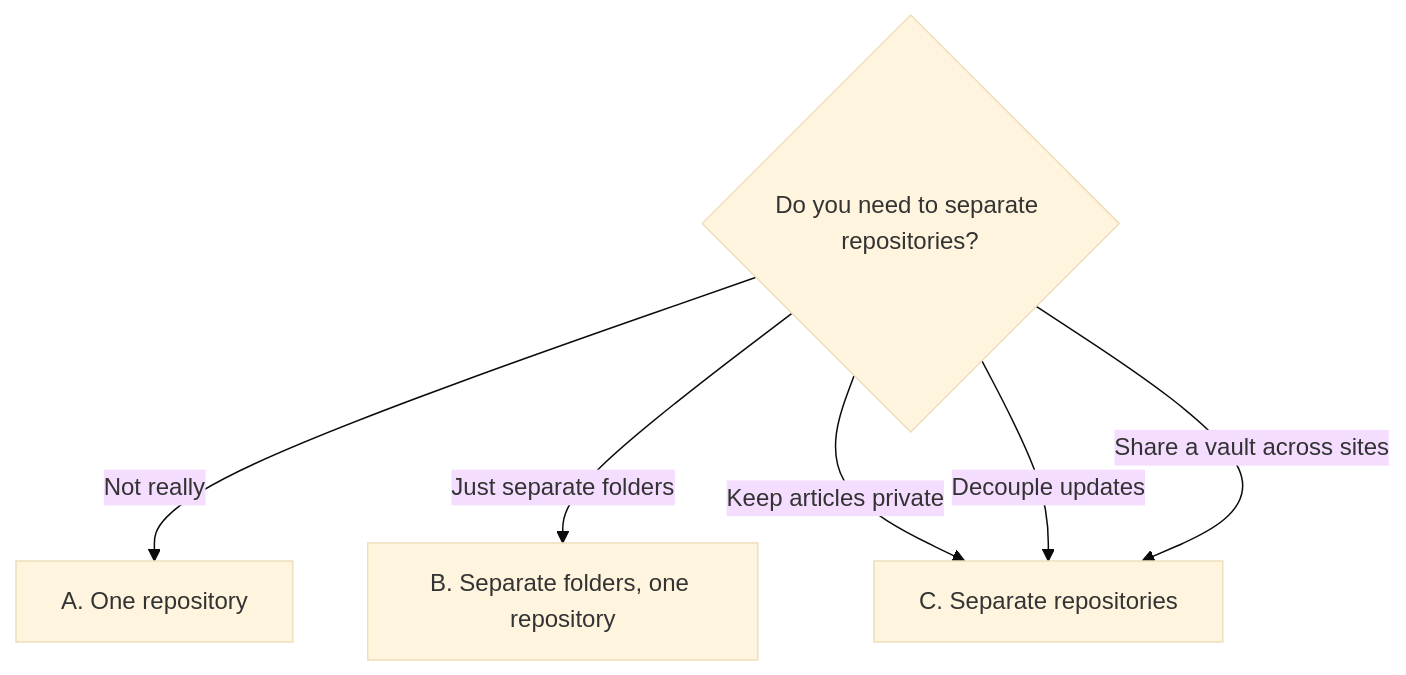
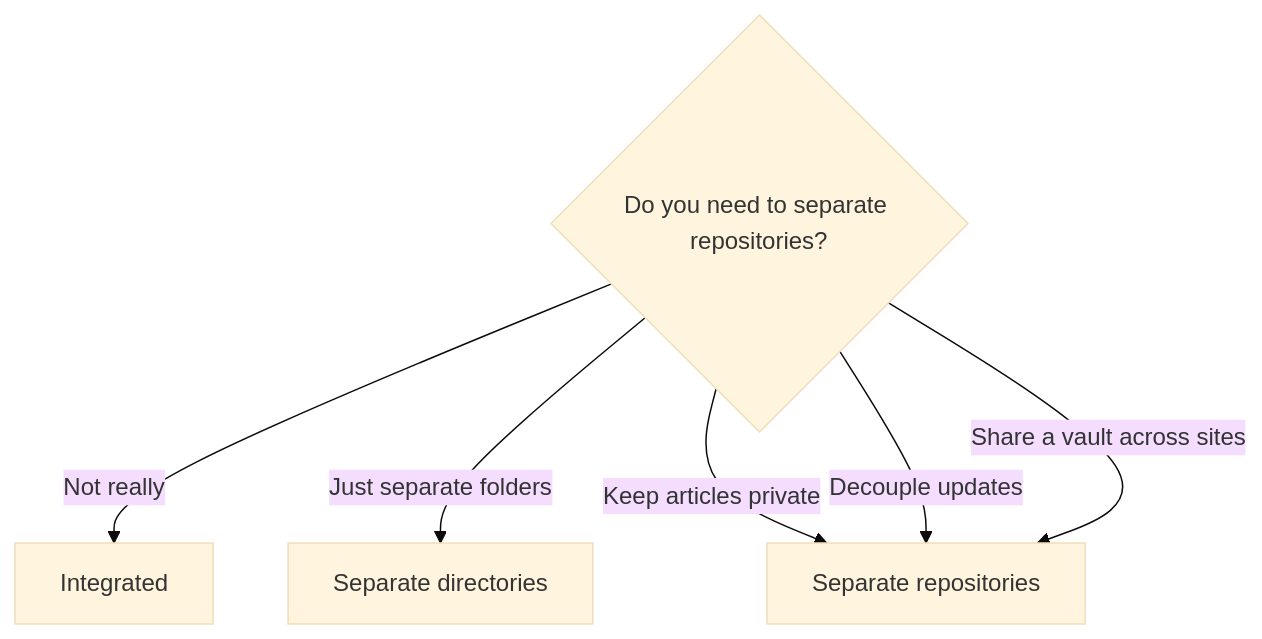
Before and after one commit to Rerurate514/riebeckite: the third of 3 diagrams in docs/docs/guides/content-repositories/basics.md, drawn with Mermaid (base theme). The commit also changed other lines of this file and 18 other files, not shown here.

````diff
--- a/docs/docs/guides/content-repositories/basics.md
+++ b/docs/docs/guides/content-repositories/basics.md
@@ -112,10 +112,10 @@
 ```mermaid
 flowchart TD
     Start{"Do you need to separate repositories?"}
 
-    Start -->|"Not really"| A["A. One repository"]
-    Start -->|"Just separate folders"| B["B. Separate folders, one repository"]
-    Start -->|"Keep articles private"| C["C. Separate repositories"]
-    Start -->|"Decouple updates"| C
-    Start -->|"Share a vault across sites"| C
+    Start -->|"Not really"| Integrated["Integrated"]
+    Start -->|"Just separate folders"| Directories["Separate directories"]
+    Start -->|"Keep articles private"| Repositories["Separate repositories"]
+    Start -->|"Decouple updates"| Repositories
+    Start -->|"Share a vault across sites"| Repositories
 ```
````
